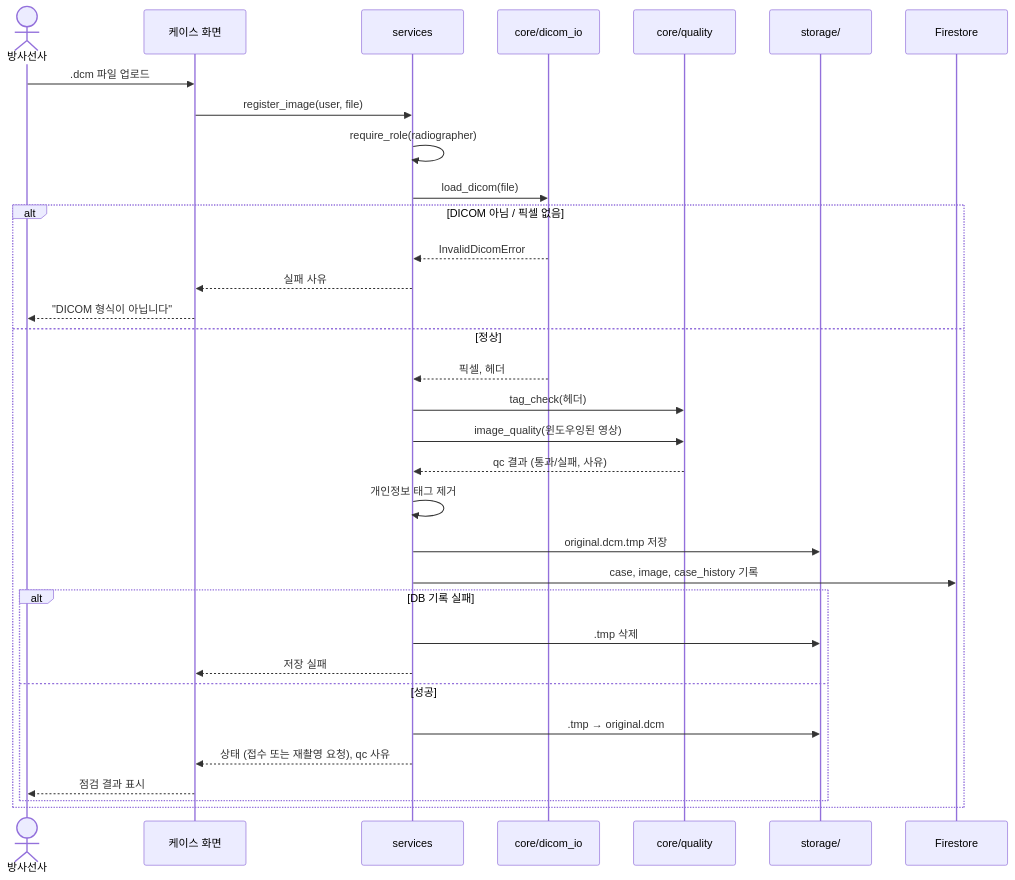
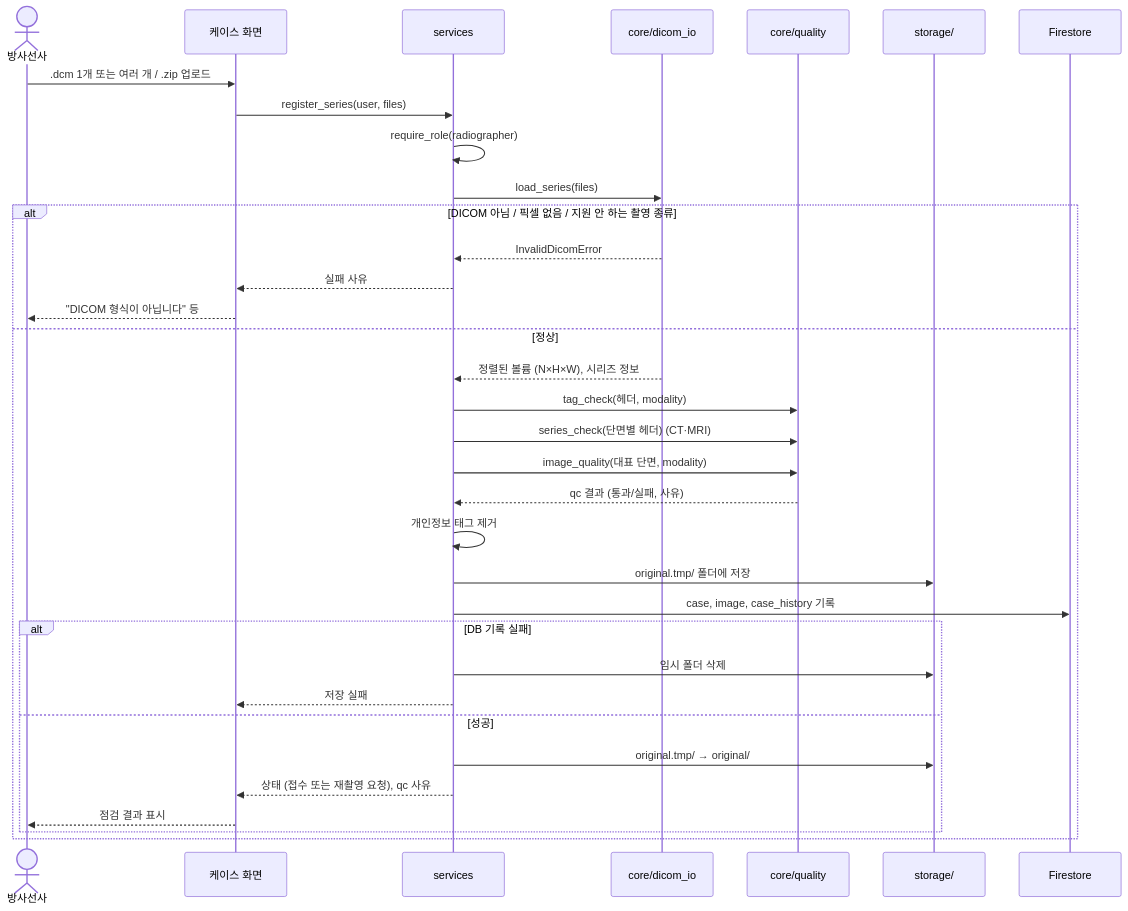
Before and after one commit to HyangnamDexter/Team_Project: the fifth of 6 diagrams in docs/architecture.md, drawn with Mermaid. The commit also changed other lines of this file and 8 other files, not shown here.

First line of the commit message:
feat: CT·MRI 시리즈 지원을 설계와 인터페이스에 반영

````diff
--- a/docs/architecture.md
+++ b/docs/architecture.md
@@ -131,36 +131,37 @@
 ```mermaid
 sequenceDiagram
     actor R as 방사선사
     participant ST as 케이스 화면
     participant SV as services
     participant DI as core/dicom_io
     participant QA as core/quality
     participant FS as storage/
     participant DB as Firestore
 
-    R->>ST: .dcm 파일 업로드
-    ST->>SV: register_image(user, file)
+    R->>ST: .dcm 1개 또는 여러 개 / .zip 업로드
+    ST->>SV: register_series(user, files)
     SV->>SV: require_role(radiographer)
-    SV->>DI: load_dicom(file)
-    alt DICOM 아님 / 픽셀 없음
+    SV->>DI: load_series(files)
+    alt DICOM 아님 / 픽셀 없음 / 지원 안 하는 촬영 종류
         DI-->>SV: InvalidDicomError
         SV-->>ST: 실패 사유
-        ST-->>R: "DICOM 형식이 아닙니다"
+        ST-->>R: "DICOM 형식이 아닙니다" 등
     else 정상
-        DI-->>SV: 픽셀, 헤더
-        SV->>QA: tag_check(헤더)
-        SV->>QA: image_quality(윈도우잉된 영상)
+        DI-->>SV: 정렬된 볼륨 (N×H×W), 시리즈 정보
+        SV->>QA: tag_check(헤더, modality)
+        SV->>QA: series_check(단면별 헤더) (CT·MRI)
+        SV->>QA: image_quality(대표 단면, modality)
         QA-->>SV: qc 결과 (통과/실패, 사유)
         SV->>SV: 개인정보 태그 제거
-        SV->>FS: original.dcm.tmp 저장
+        SV->>FS: original.tmp/ 폴더에 저장
         SV->>DB: case, image, case_history 기록
         alt DB 기록 실패
-            SV->>FS: .tmp 삭제
+            SV->>FS: 임시 폴더 삭제
             SV-->>ST: 저장 실패
         else 성공
-            SV->>FS: .tmp → original.dcm
+            SV->>FS: original.tmp/ → original/
             SV-->>ST: 상태 (접수 또는 재촬영 요청), qc 사유
             ST-->>R: 점검 결과 표시
         end
     end
 ```
````
